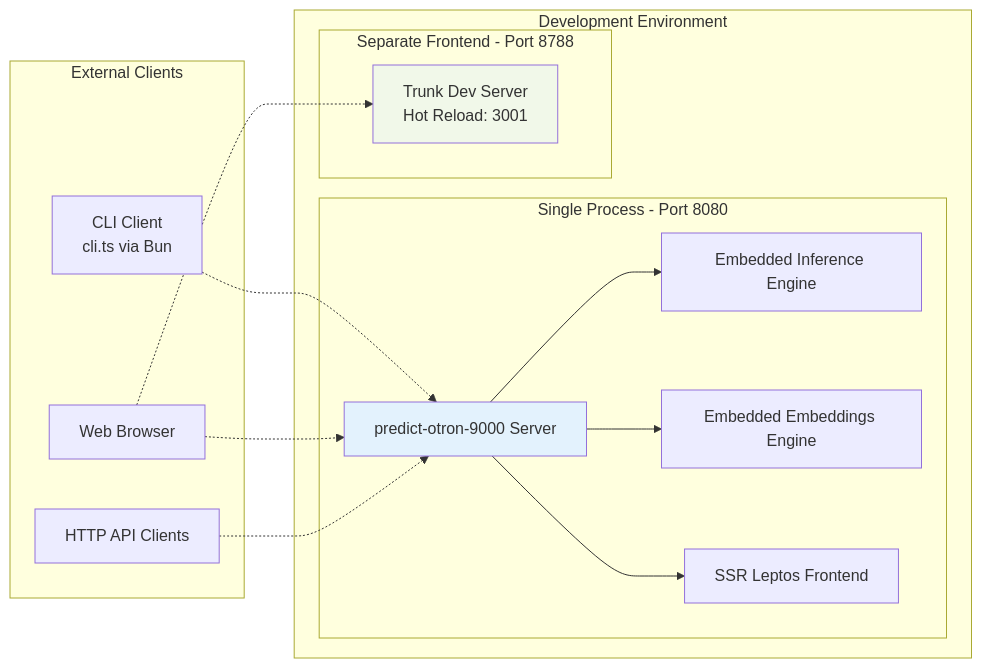
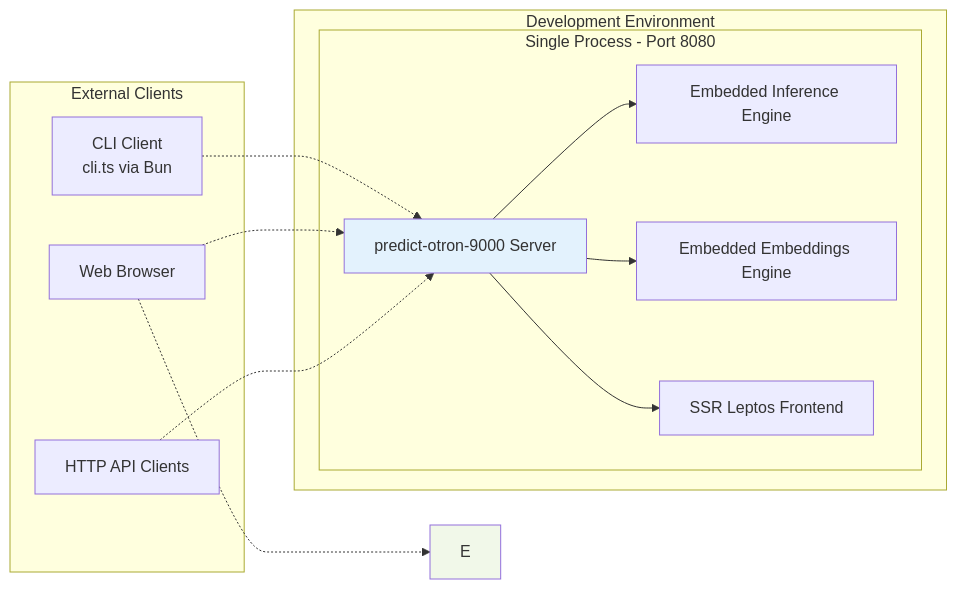
One commit to geoffsee/predict-otron-9001 changed the third of 11 diagrams in docs/ARCHITECTURE.md. Above: the diagram before and after it, drawn with Mermaid.

Commit message:
update diagrams to show accurate development configuration

````diff
--- a/docs/ARCHITECTURE.md
+++ b/docs/ARCHITECTURE.md
@@ -101,29 +101,25 @@
 ```mermaid
 graph LR
     subgraph "Development Environment"
         subgraph "Single Process - Port 8080"
             A[predict-otron-9000 Server]
             A --> B[Embedded Inference Engine]
             A --> C[Embedded Embeddings Engine]
             A --> D[SSR Leptos Frontend]
-        end
-        
-        subgraph "Separate Frontend - Port 8788"
-            E[Trunk Dev Server<br/>Hot Reload: 3001]
         end
     end
     
     subgraph "External Clients"
         F[CLI Client<br/>cli.ts via Bun]
         G[Web Browser]
         H[HTTP API Clients]
     end
     
     F -.-> A
     G -.-> A
     G -.-> E
     H -.-> A
     
     style A fill:#e3f2fd
     style E fill:#f1f8e9
 ```
````
